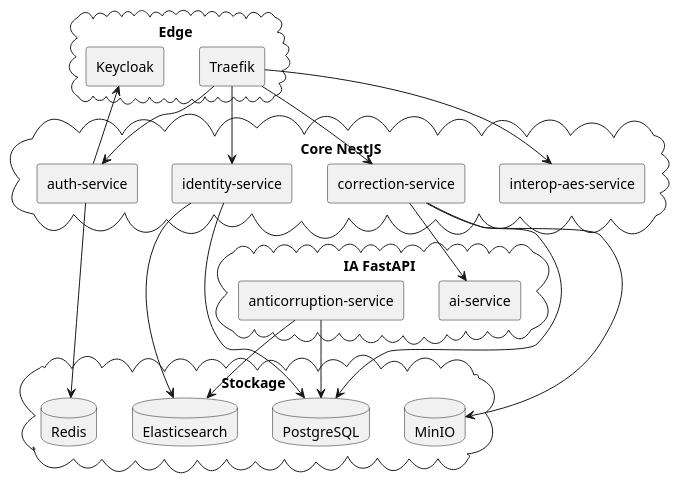
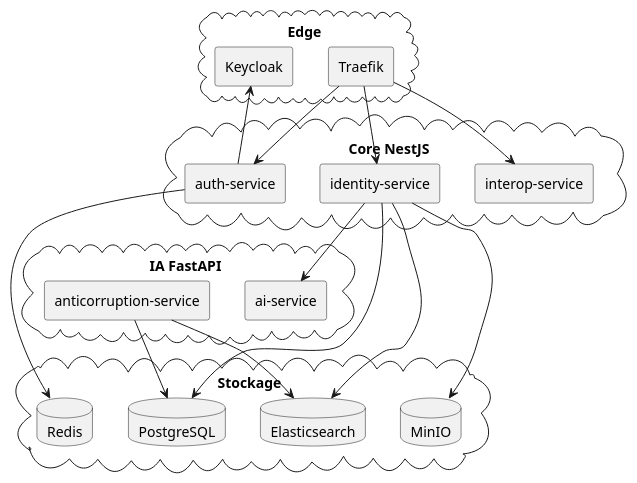
One commit to TheManInPink/Session-Ete-2026 changed diagram 39 of 40 in docs/diagrams/99-DIAGRAMMES-PLANTUML.md. Above: the diagram before and after it, drawn with PlantUML. The commit also changed other lines of this file and 1 other file, not shown here.

First line of the commit message:
docs: éliminer les services fictifs résiduels des diagrammes (catalogue 99)

````diff
--- a/docs/diagrams/99-DIAGRAMMES-PLANTUML.md
+++ b/docs/diagrams/99-DIAGRAMMES-PLANTUML.md
@@ -1840,43 +1837,40 @@
 ```plantuml
 @startuml
 skinparam componentStyle rectangle
 
 cloud "Edge" {
   [Traefik] as tr
   [Keycloak] as kc
 }
 
 cloud "Core NestJS" {
   [auth-service] as auth
   [identity-service] as iden
-  [correction-service] as corr
-  [interop-aes-service] as int
+  [interop-service] as int
 }
 
 cloud "IA FastAPI" {
   [ai-service] as ai
   [anticorruption-service] as anti
 }
 
 cloud "Stockage" {
   database "PostgreSQL" as pg
   database "Redis" as rds
   database "Elasticsearch" as els
   database "MinIO" as minio
 }
 
 tr --> auth
 tr --> iden
-tr --> corr
 tr --> int
 auth --> kc
 auth --> rds
 iden --> pg
 iden --> els
-corr --> ai
-corr --> pg
-corr --> minio
+iden --> ai
+iden --> minio
 anti --> pg
 anti --> els
 @enduml
 ```
````
